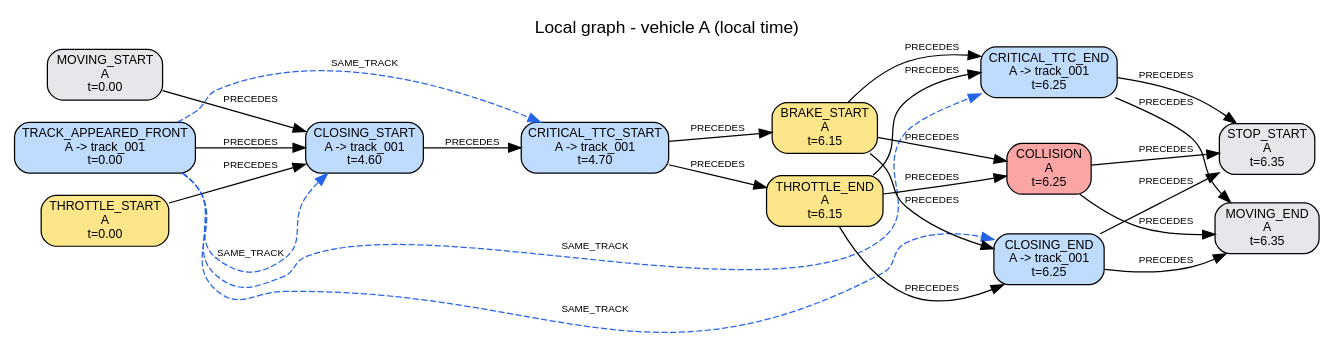
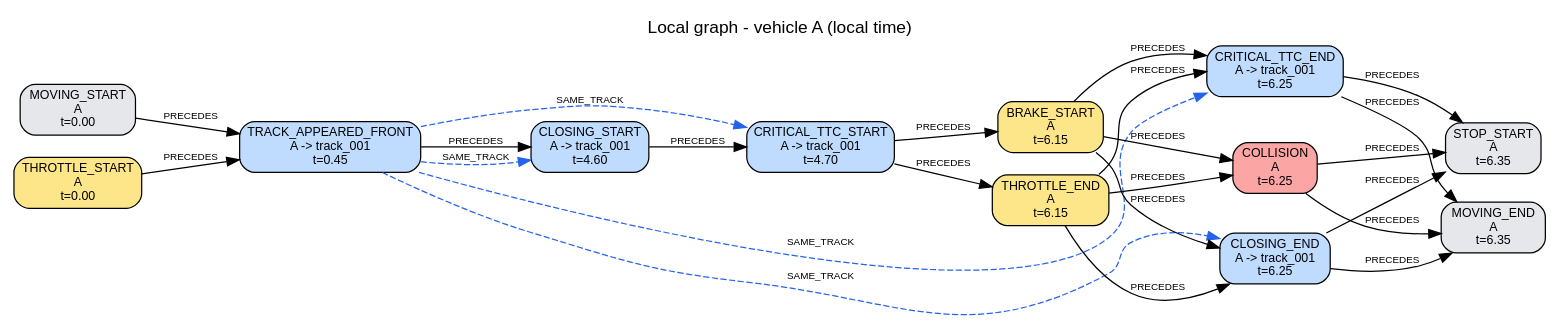
Before and after one commit to AndreaBedei1/causaldrive-forensics: the diagram in traces/S04/run_0_b_rear_first/reconstruction/A/local_graph.dot, drawn with Graphviz. The commit also changed 521 other files, not shown here.

```diff
--- a/traces/S04/run_0_b_rear_first/reconstruction/A/local_graph.dot
+++ b/traces/S04/run_0_b_rear_first/reconstruction/A/local_graph.dot
@@ -1,43 +1,43 @@
 digraph "local_A" {
   graph [rankdir=LR, labelloc=t, fontname=Helvetica, label="Local graph - vehicle A (local time)"];
   node [shape=box, style="rounded,filled", fontname=Helvetica, fontsize=10];
   edge [fontname=Helvetica, fontsize=8];
   "A:e01" [label="MOVING_START\nA\nt=0.00", fillcolor="#e5e7eb"];
   "A:e02" [label="THROTTLE_START\nA\nt=0.00", fillcolor="#fde68a"];
-  "A:e03" [label="TRACK_APPEARED_FRONT\nA -> track_001\nt=0.00", fillcolor="#bfdbfe"];
+  "A:e03" [label="TRACK_APPEARED_FRONT\nA -> track_001\nt=0.45", fillcolor="#bfdbfe"];
   "A:e04" [label="CLOSING_START\nA -> track_001\nt=4.60", fillcolor="#bfdbfe"];
   "A:e05" [label="CRITICAL_TTC_START\nA -> track_001\nt=4.70", fillcolor="#bfdbfe"];
   "A:e06" [label="THROTTLE_END\nA\nt=6.15", fillcolor="#fde68a"];
   "A:e07" [label="BRAKE_START\nA\nt=6.15", fillcolor="#fde68a"];
   "A:e08" [label="COLLISION\nA\nt=6.25", fillcolor="#fca5a5"];
   "A:e09" [label="CRITICAL_TTC_END\nA -> track_001\nt=6.25", fillcolor="#bfdbfe"];
   "A:e10" [label="CLOSING_END\nA -> track_001\nt=6.25", fillcolor="#bfdbfe"];
   "A:e11" [label="MOVING_END\nA\nt=6.35", fillcolor="#e5e7eb"];
   "A:e12" [label="STOP_START\nA\nt=6.35", fillcolor="#e5e7eb"];
-  {rank=same; "A:e01"; "A:e02"; "A:e03";}
+  {rank=same; "A:e01"; "A:e02";}
   {rank=same; "A:e06"; "A:e07";}
   {rank=same; "A:e08"; "A:e09"; "A:e10";}
   {rank=same; "A:e11"; "A:e12";}
-  "A:e01" -> "A:e04" [label="PRECEDES"];
-  "A:e02" -> "A:e04" [label="PRECEDES"];
+  "A:e01" -> "A:e03" [label="PRECEDES"];
+  "A:e02" -> "A:e03" [label="PRECEDES"];
   "A:e03" -> "A:e04" [label="PRECEDES"];
   "A:e04" -> "A:e05" [label="PRECEDES"];
   "A:e05" -> "A:e06" [label="PRECEDES"];
   "A:e05" -> "A:e07" [label="PRECEDES"];
   "A:e06" -> "A:e08" [label="PRECEDES"];
   "A:e06" -> "A:e09" [label="PRECEDES"];
   "A:e06" -> "A:e10" [label="PRECEDES"];
   "A:e07" -> "A:e08" [label="PRECEDES"];
   "A:e07" -> "A:e09" [label="PRECEDES"];
   "A:e07" -> "A:e10" [label="PRECEDES"];
   "A:e08" -> "A:e11" [label="PRECEDES"];
   "A:e08" -> "A:e12" [label="PRECEDES"];
   "A:e09" -> "A:e11" [label="PRECEDES"];
   "A:e09" -> "A:e12" [label="PRECEDES"];
   "A:e10" -> "A:e11" [label="PRECEDES"];
   "A:e10" -> "A:e12" [label="PRECEDES"];
   "A:e03" -> "A:e04" [label="SAME_TRACK", style=dashed, color="#2563eb", constraint=false];
   "A:e03" -> "A:e05" [label="SAME_TRACK", style=dashed, color="#2563eb", constraint=false];
   "A:e03" -> "A:e09" [label="SAME_TRACK", style=dashed, color="#2563eb", constraint=false];
   "A:e03" -> "A:e10" [label="SAME_TRACK", style=dashed, color="#2563eb", constraint=false];
 }
```
